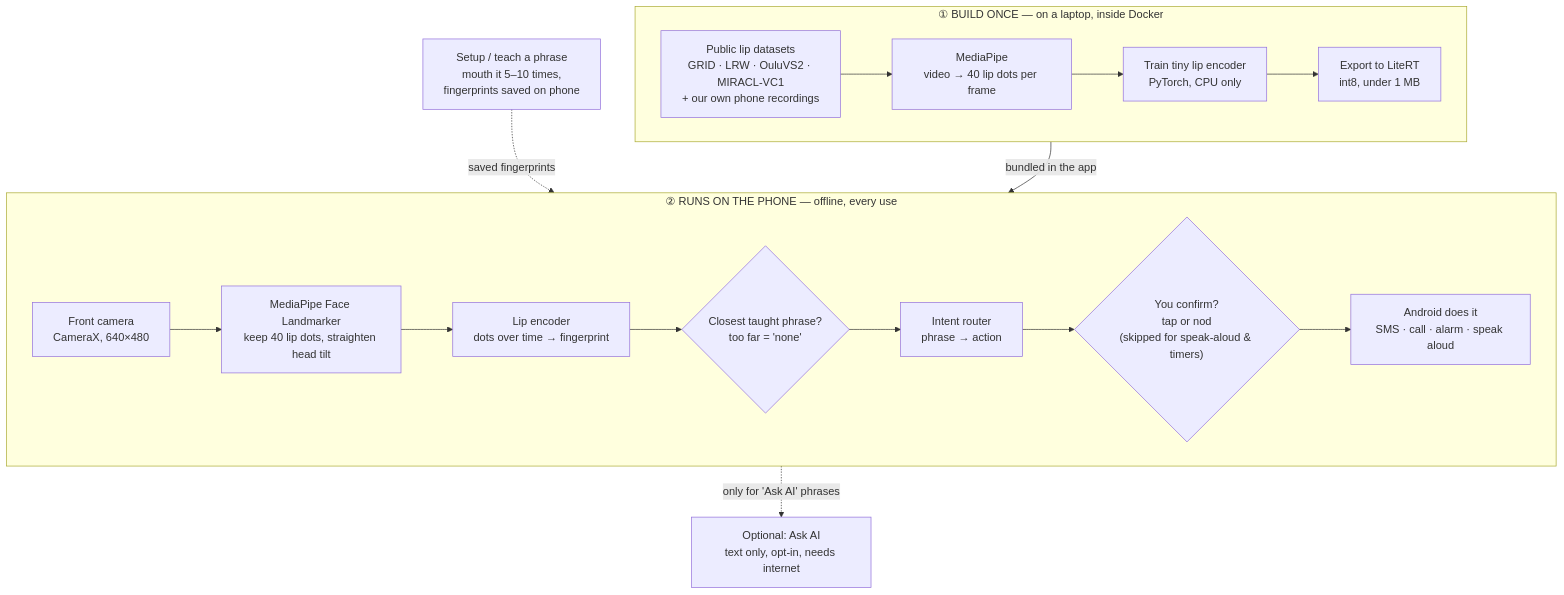
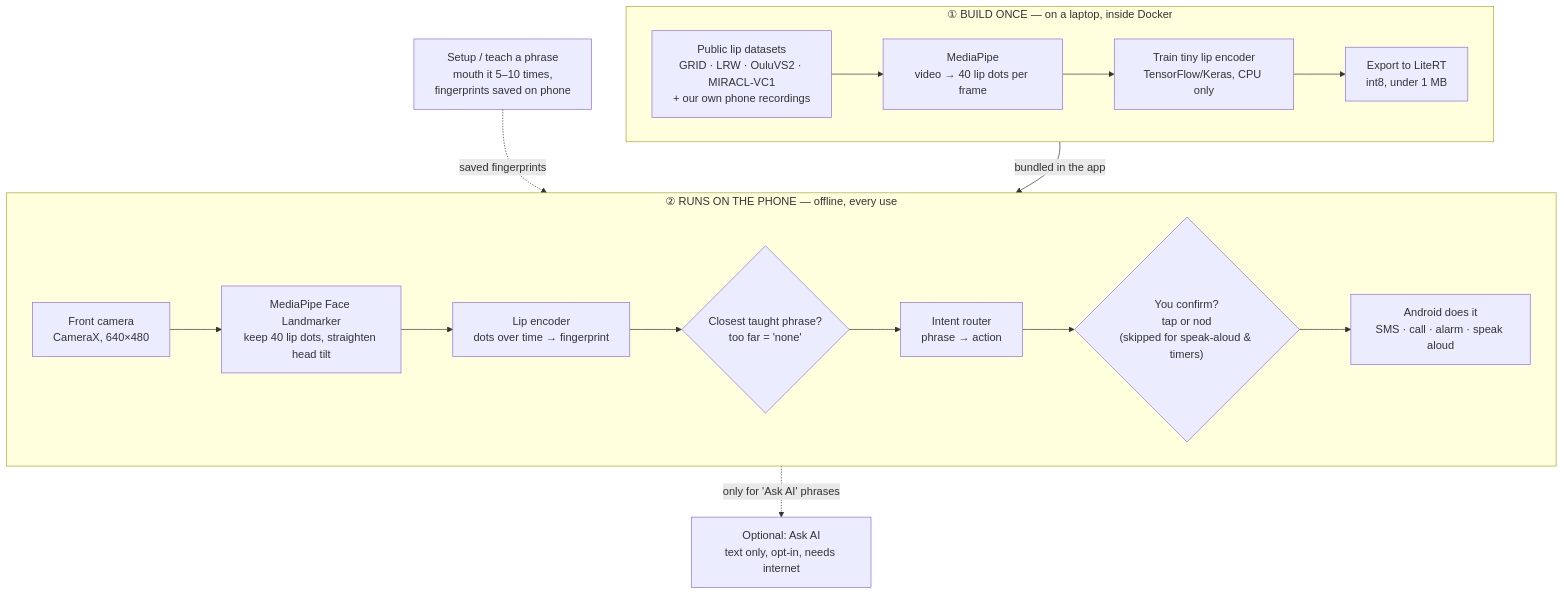
The diagram in ARCHITECTURE.md (RM1338/Hush), drawn with Mermaid before and after one commit. The commit also changed other lines of this file and 2 other files, not shown here.

Commit message:
Switch training to TensorFlow/Keras, pause Docker, pick light UI theme

````diff
--- a/ARCHITECTURE.md
+++ b/ARCHITECTURE.md
@@ -17,30 +17,30 @@
 ```mermaid
 flowchart TB
     subgraph LAPTOP["① BUILD ONCE — on a laptop, inside Docker"]
         direction LR
         D["Public lip datasets<br/>GRID · LRW · OuluVS2 · MIRACL-VC1<br/>+ our own phone recordings"]
         X["MediaPipe<br/>video → 40 lip dots per frame"]
-        T["Train tiny lip encoder<br/>PyTorch, CPU only"]
+        T["Train tiny lip encoder<br/>TensorFlow/Keras, CPU only"]
         E["Export to LiteRT<br/>int8, under 1 MB"]
         D --> X --> T --> E
     end
 
     subgraph PHONE["② RUNS ON THE PHONE — offline, every use"]
         direction LR
         C["Front camera<br/>CameraX, 640×480"]
         F["MediaPipe Face Landmarker<br/>keep 40 lip dots, straighten head tilt"]
         M["Lip encoder<br/>dots over time → fingerprint"]
         N{"Closest taught phrase?<br/>too far = 'none'"}
         R["Intent router<br/>phrase → action"]
         K{"You confirm?<br/>tap or nod<br/>(skipped for speak-aloud & timers)"}
         A["Android does it<br/>SMS · call · alarm · speak aloud"]
         C --> F --> M --> N --> R --> K --> A
     end
 
     S["Setup / teach a phrase<br/>mouth it 5–10 times,<br/>fingerprints saved on phone"]
     AI["Optional: Ask AI<br/>text only, opt-in, needs internet"]
 
     E -- "bundled in the app" --> M
     S -. "saved fingerprints" .-> N
     R -. "only for 'Ask AI' phrases" .-> AI
 ```
````
